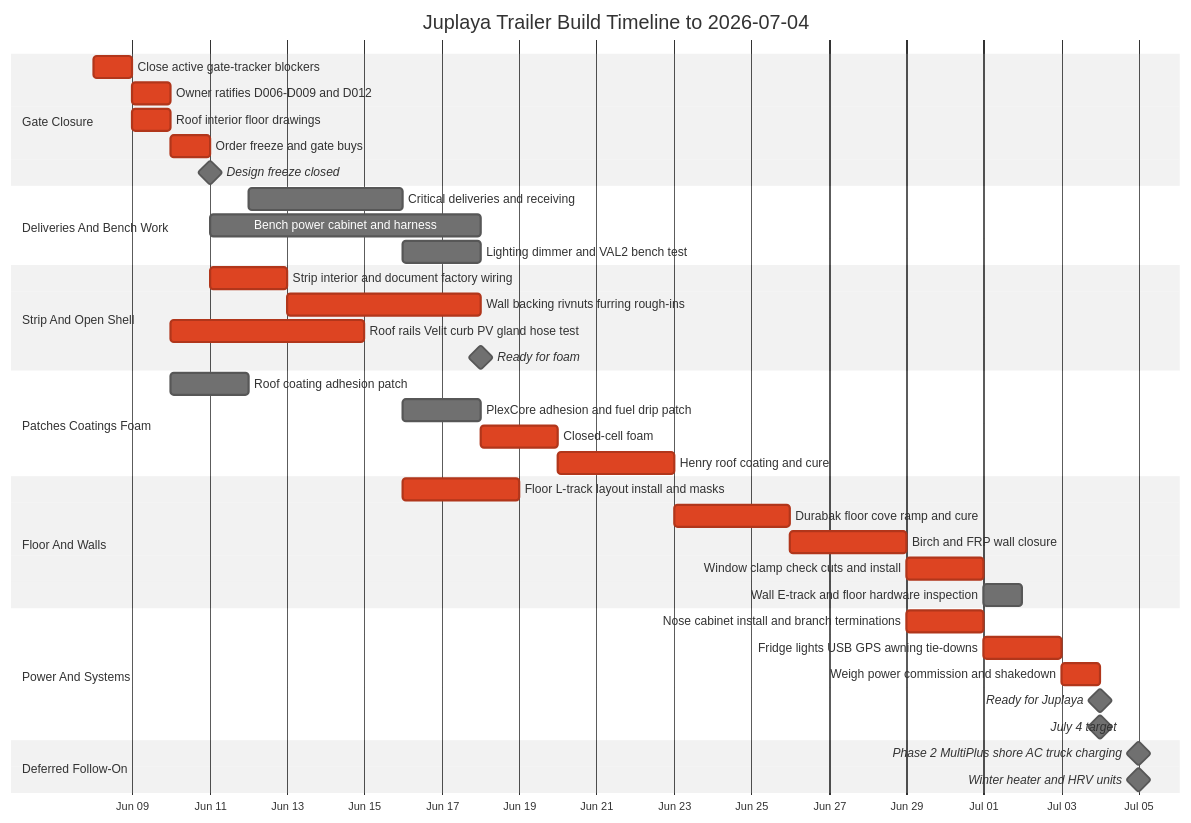
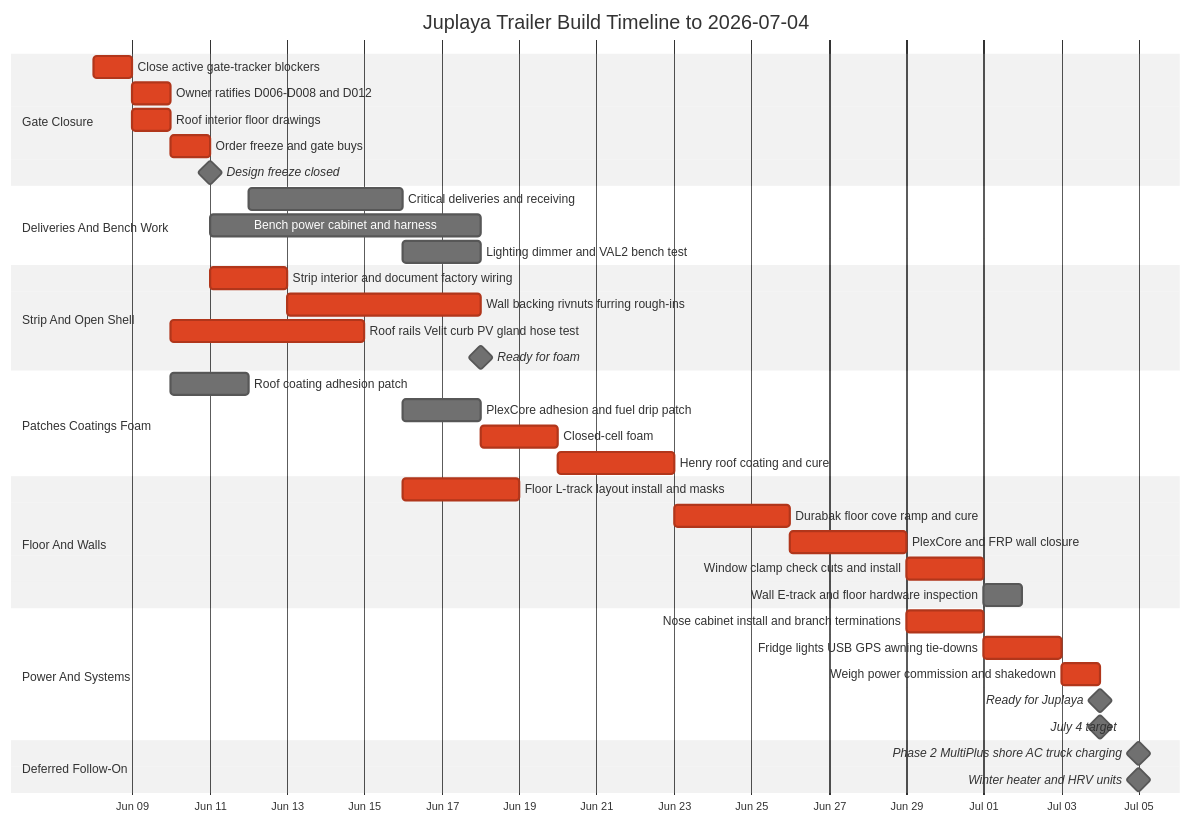
Before and after one commit to halbritt/trailer: the diagram in docs/timeline.md, drawn with Mermaid (neutral theme). The commit also changed other lines of this file and 7 other files, not shown here.

Commit message:
Correct D009 to reuse PlexCore walls

````diff
--- a/docs/timeline.md
+++ b/docs/timeline.md
@@ -28,48 +28,48 @@
 ```mermaid
 gantt
     title Juplaya Trailer Build Timeline to 2026-07-04
     dateFormat YYYY-MM-DD
     axisFormat %b %d
 
     section Gate Closure
     Close active gate-tracker blockers                 :crit, meas, 2026-06-08, 1d
-    Owner ratifies D006-D009 and D012                 :crit, ratify, after meas, 1d
+    Owner ratifies D006-D008 and D012                 :crit, ratify, after meas, 1d
     Roof interior floor drawings                      :crit, draw, after meas, 1d
     Order freeze and gate buys                        :crit, orders, after ratify draw, 1d
     Design freeze closed                              :milestone, freeze, after orders, 0d
 
     section Deliveries And Bench Work
     Critical deliveries and receiving                 :deliver, 2026-06-12, 4d
     Bench power cabinet and harness                   :benchcab, after orders, 7d
     Lighting dimmer and VAL2 bench test               :benchlight, after deliver, 2d
 
     section Strip And Open Shell
     Strip interior and document factory wiring        :crit, strip, after freeze, 2d
     Wall backing rivnuts furring rough-ins            :crit, openwall, after strip, 5d
     Roof rails Velit curb PV gland hose test          :crit, roofopen, after draw, 5d
     Ready for foam                                    :milestone, foamgate, after openwall roofopen, 0d
 
     section Patches Coatings Foam
     Roof coating adhesion patch                       :roofpatch, after draw, 2d
     PlexCore adhesion and fuel drip patch             :floorpatch, after deliver strip, 2d
     Closed-cell foam                                  :crit, foam, after foamgate, 2d
     Henry roof coating and cure                       :crit, roofcoat, after foam roofpatch, 3d
 
     section Floor And Walls
     Floor L-track layout install and masks            :crit, floortrack, after deliver strip, 3d
     Durabak floor cove ramp and cure                  :crit, floorcoat, after floortrack floorpatch roofcoat, 3d
-    Birch and FRP wall closure                        :crit, wallclose, after floorcoat, 3d
+    PlexCore and FRP wall closure                     :crit, wallclose, after floorcoat, 3d
     Window clamp check cuts and install               :crit, windows, after wallclose, 2d
     Wall E-track and floor hardware inspection        :trackfinal, after windows, 1d
 
     section Power And Systems
     Nose cabinet install and branch terminations      :crit, cabinstall, after wallclose benchcab, 2d
     Fridge lights USB GPS awning tie-downs            :crit, systems, after cabinstall windows benchlight, 2d
     Weigh power commission and shakedown              :crit, commission, after systems trackfinal, 1d
     Ready for Juplaya                                 :milestone, ready, after commission, 0d
     July 4 target                                     :milestone, deadline, 2026-07-04, 0d
 
     section Deferred Follow-On
     Phase 2 MultiPlus shore AC truck charging         :milestone, phase2, 2026-07-05, 0d
     Winter heater and HRV units                       :milestone, winter, 2026-07-05, 0d
 ```
````
